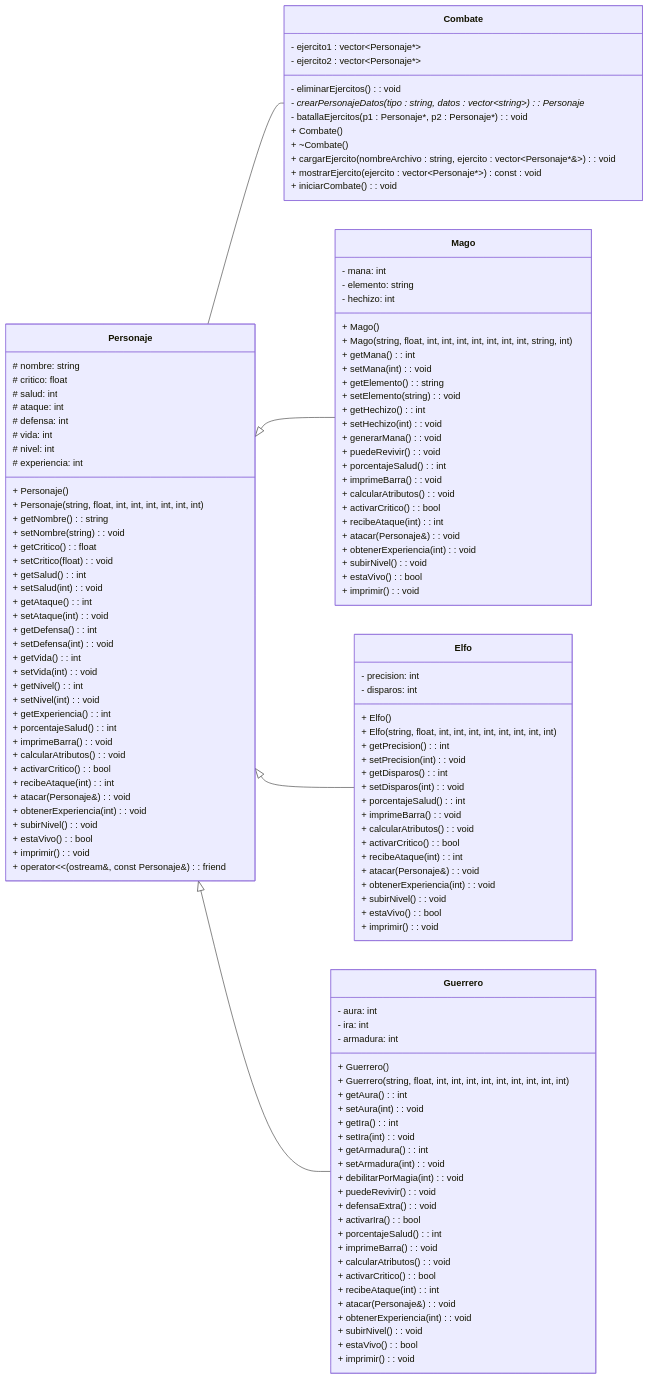
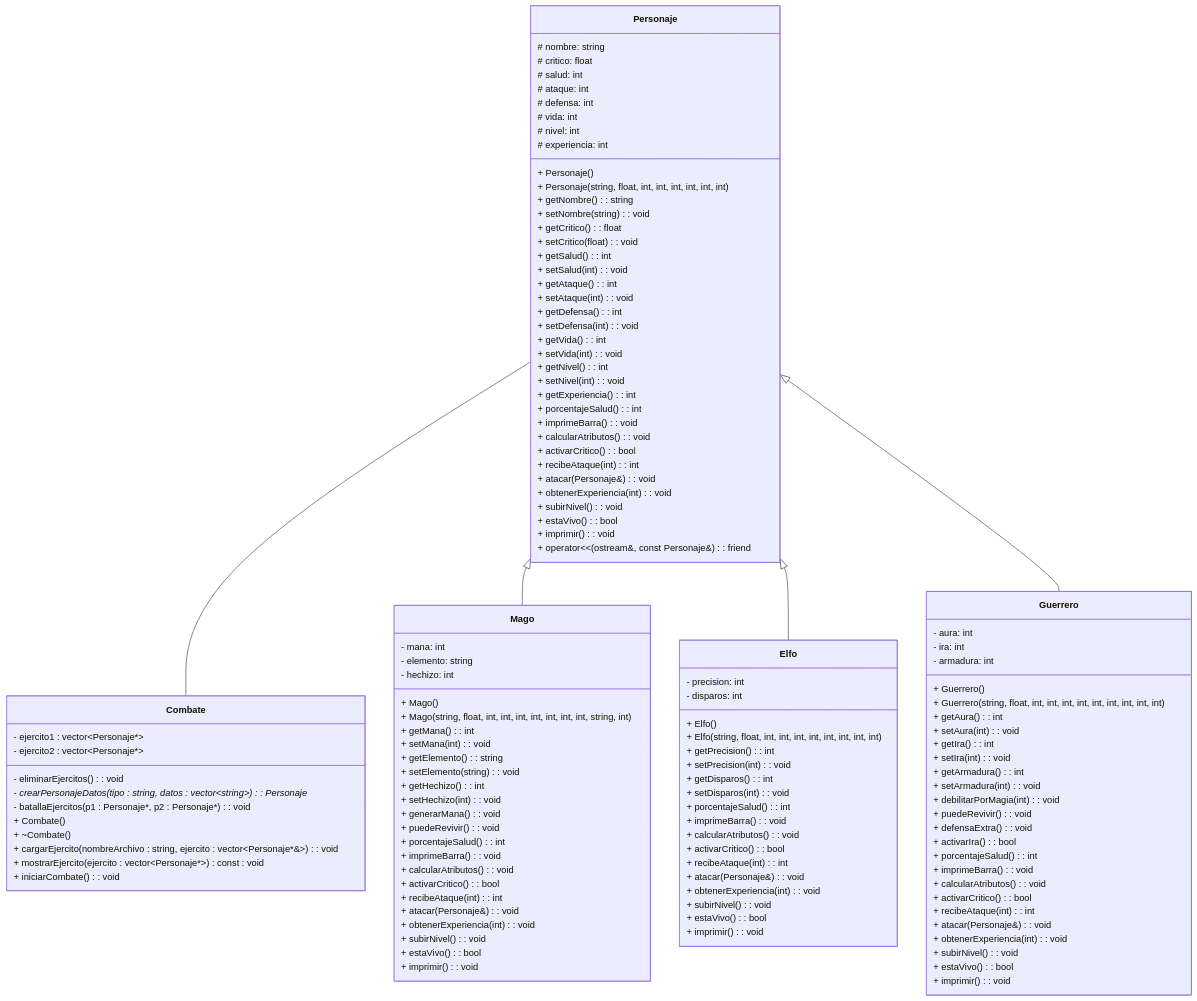
The diagram in assignments/Proyecto/README.md (MiguelMonroy-hub/Proyecto_A01739891), drawn with Mermaid before and after one commit.

Commit message:
Prueba 2 UML

````diff
--- a/assignments/Proyecto/README.md
+++ b/assignments/Proyecto/README.md
@@ -13,7 +13,6 @@
 ```mermaid
 classDiagram
 
-    direction LR
 class Personaje {
     
     # nombre: string
````
